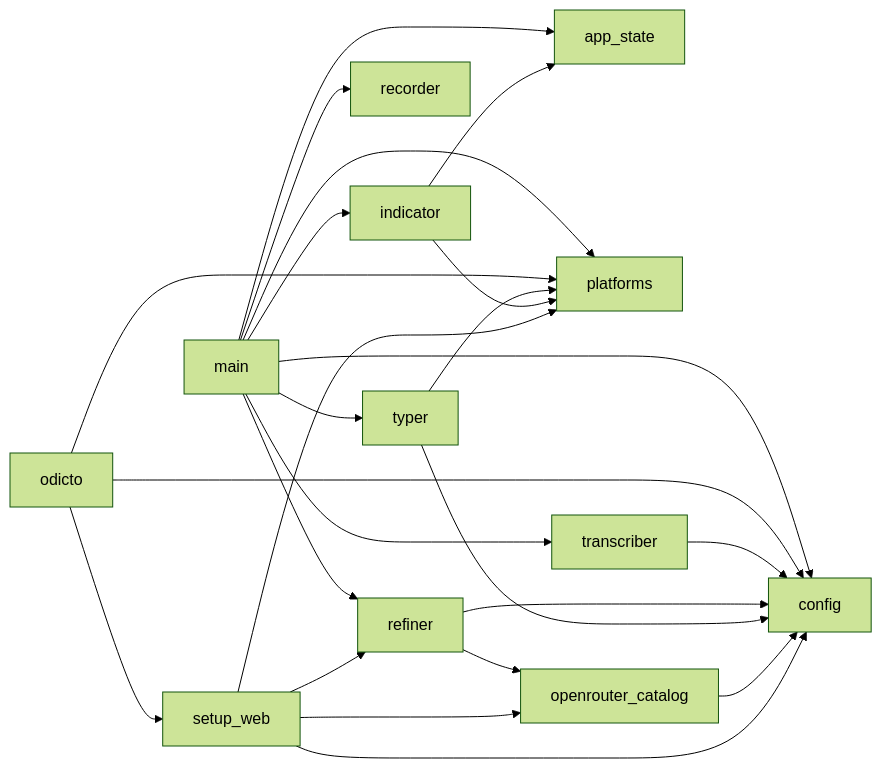
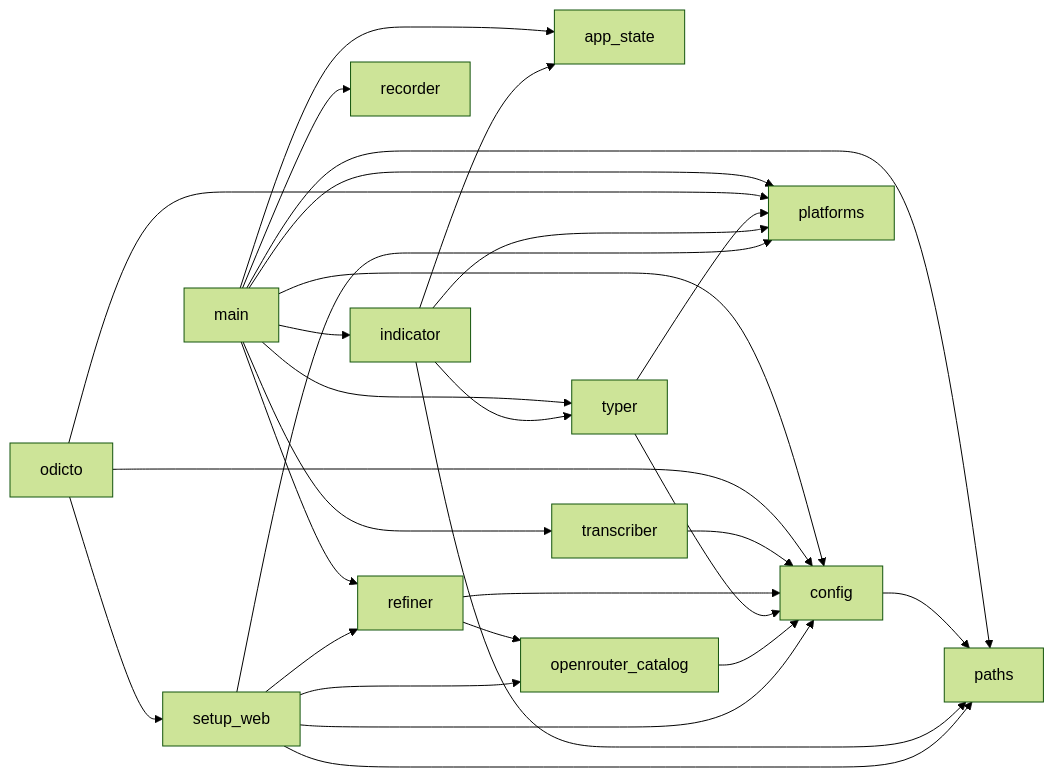
Before and after one commit to Gargeya-Grey/Odicto: the second of 7 diagrams in docs/architecture.md, drawn with Mermaid (forest theme). The commit also changed other lines of this file and 50 other files, not shown here.

````diff
--- a/docs/architecture.md
+++ b/docs/architecture.md
@@ -111,26 +136,31 @@
 ```mermaid
 graph LR
     main --> app_state
     main --> config
     main --> indicator
+    main --> paths
     main --> platforms
     main --> recorder
     main --> refiner
     main --> transcriber
     main --> typer
     odicto --> config
     odicto --> platforms
     odicto --> setup_web
+    config --> paths
     transcriber --> config
     refiner --> config
     refiner --> openrouter_catalog
     typer --> config
     typer --> platforms
     indicator --> app_state
+    indicator --> paths
     indicator --> platforms
+    indicator --> typer
     openrouter_catalog --> config
     setup_web --> config
     setup_web --> openrouter_catalog
+    setup_web --> paths
     setup_web --> platforms
     setup_web --> refiner
 ```
````
